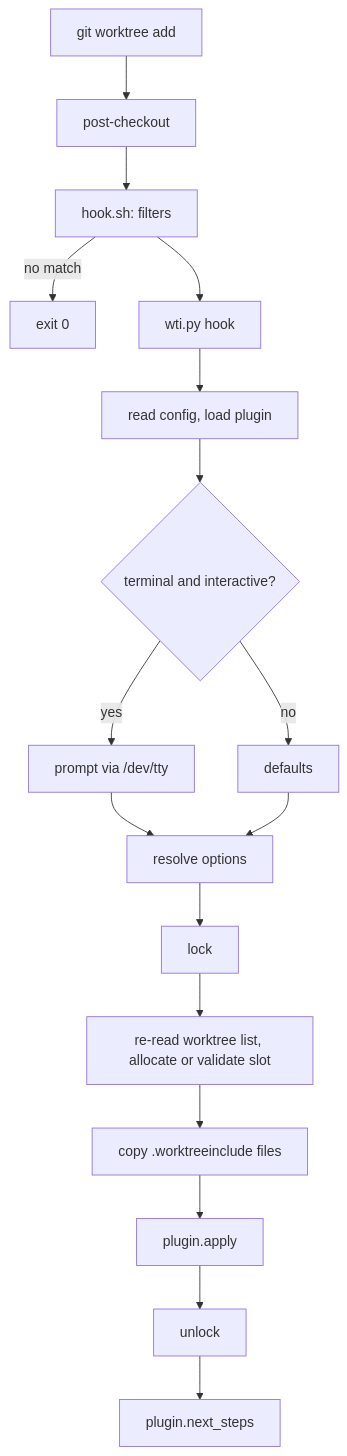
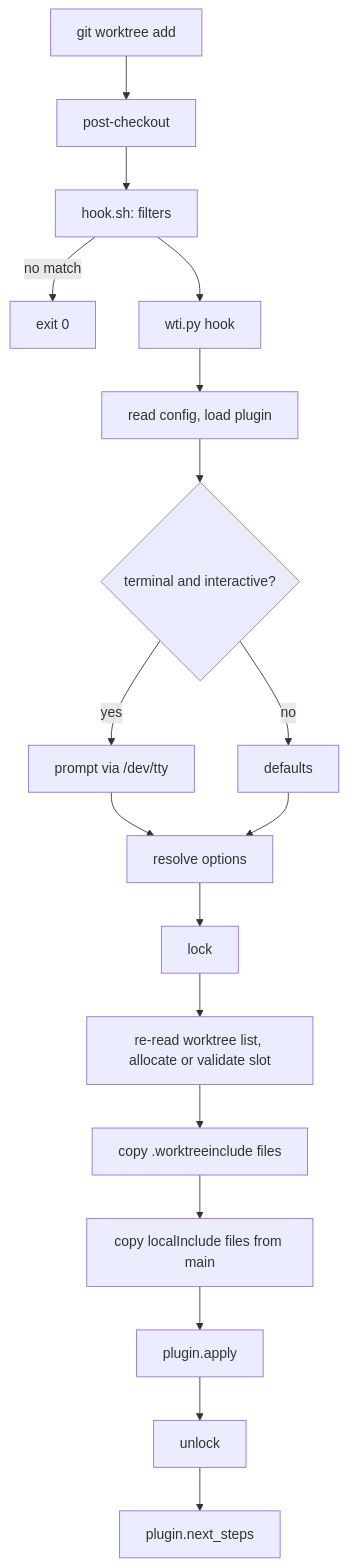
The diagram in docs/architecture.md (V1ncNet/git-worktree-init), drawn with Mermaid before and after one commit. The commit also changed other lines of this file and 5 other files, not shown here.

First line of the commit message:
Copy private files listed in local config

````diff
--- a/docs/architecture.md
+++ b/docs/architecture.md
@@ -5,19 +5,20 @@
 ```mermaid
 flowchart TD
     A[git worktree add] --> B[post-checkout]
     B --> C[hook.sh: filters]
     C -->|no match| Z[exit 0]
     C --> D[wti.py hook]
     D --> E[read config, load plugin]
     E --> F{terminal and interactive?}
     F -->|yes| G[prompt via /dev/tty]
     F -->|no| H[defaults]
     G --> I[resolve options]
     H --> I
     I --> J[lock]
     J --> K[re-read worktree list, allocate or validate slot]
     K --> L[copy .worktreeinclude files]
-    L --> M[plugin.apply]
+    L --> L2[copy localInclude files from main]
+    L2 --> M[plugin.apply]
     M --> N[unlock]
     N --> O[plugin.next_steps]
 ```
````
